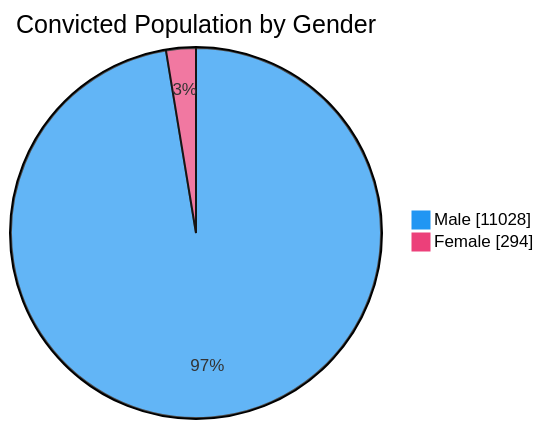
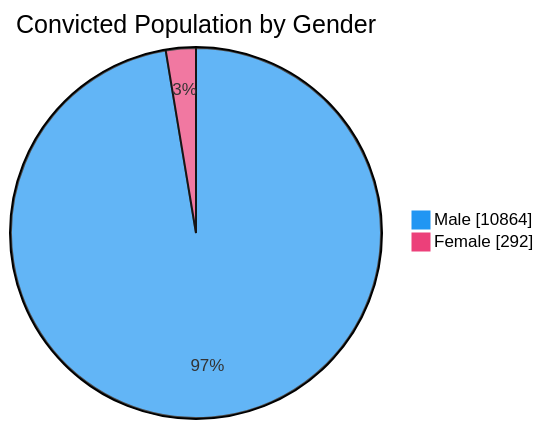
One commit to nuuuwan/lk_prisons changed the third of 7 diagrams in README.md. Above: the diagram before and after it, drawn with Mermaid. The commit also changed other lines of this file and 1 other file, not shown here.

````diff
--- a/README.md
+++ b/README.md
@@ -65,6 +65,6 @@
 ```mermaid
 %%{init: {'themeVariables': {'pie1': '#2196F3', 'pie2': '#EC407A'}}}%%
 pie showData title Convicted Population by Gender
-    "Male" : 11028
-    "Female" : 294
+    "Male" : 10864
+    "Female" : 292
 ```
````
